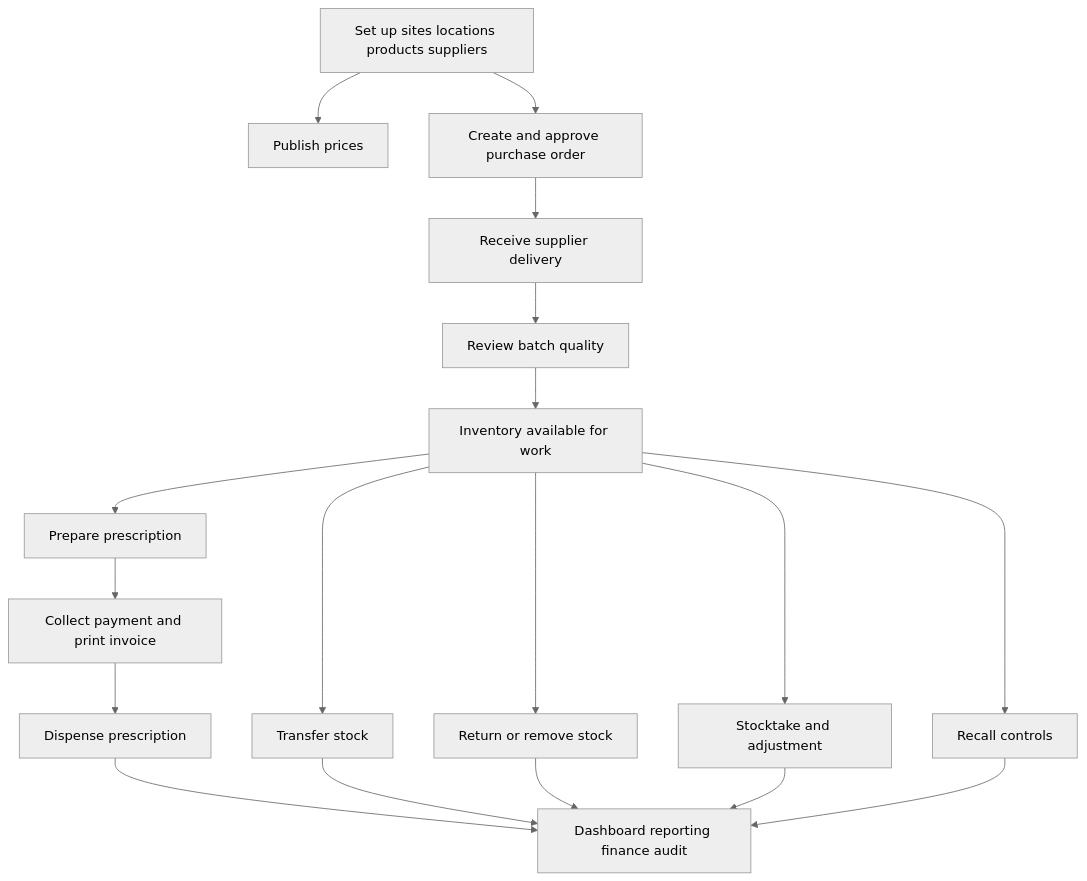
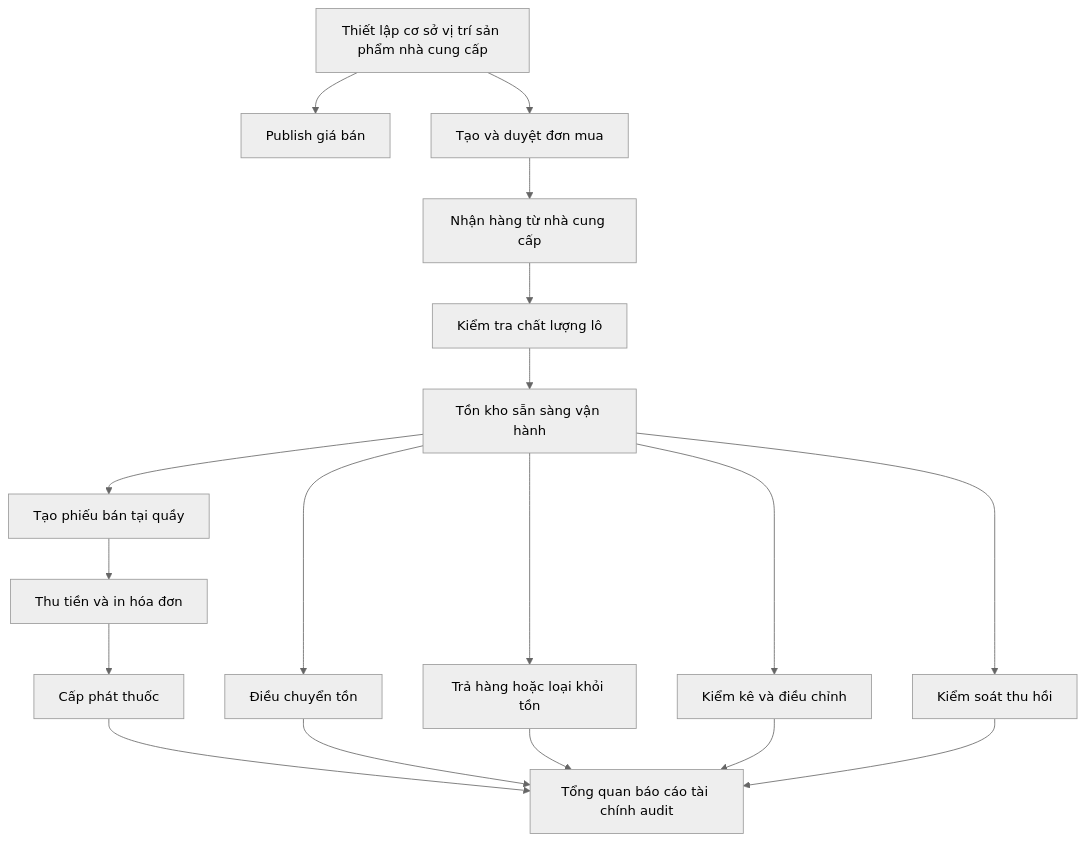
One commit to nielpattin/PharmacyCentral changed the second of 2 diagrams in docs/UserGuide.md. Above: the diagram before and after it, drawn with Mermaid (neutral theme). The commit also changed other lines of this file and 2 other files, not shown here.

````diff
--- a/docs/UserGuide.md
+++ b/docs/UserGuide.md
@@ -63,20 +63,20 @@
 ```mermaid
 flowchart TD
-    Setup[Set up sites locations products suppliers] --> Pricing[Publish prices]
-    Setup --> PO[Create and approve purchase order]
-    PO --> Receiving[Receive supplier delivery]
-    Receiving --> Quality[Review batch quality]
-    Quality --> Inventory[Inventory available for work]
-    Inventory --> Prescription[Prepare prescription]
-    Prescription --> Payment[Collect payment and print invoice]
-    Payment --> Dispense[Dispense prescription]
-    Inventory --> Transfer[Transfer stock]
-    Inventory --> Return[Return or remove stock]
-    Inventory --> Stocktake[Stocktake and adjustment]
-    Inventory --> Recall[Recall controls]
-    Dispense --> Dashboard[Dashboard reporting finance audit]
+    Setup[Thiết lập cơ sở vị trí sản phẩm nhà cung cấp] --> Pricing[Publish giá bán]
+    Setup --> PO[Tạo và duyệt đơn mua]
+    PO --> Receiving[Nhận hàng từ nhà cung cấp]
+    Receiving --> Quality[Kiểm tra chất lượng lô]
+    Quality --> Inventory[Tồn kho sẵn sàng vận hành]
+    Inventory --> Prescription[Tạo phiếu bán tại quầy]
+    Prescription --> Payment[Thu tiền và in hóa đơn]
+    Payment --> Dispense[Cấp phát thuốc]
+    Inventory --> Transfer[Điều chuyển tồn]
+    Inventory --> Return[Trả hàng hoặc loại khỏi tồn]
+    Inventory --> Stocktake[Kiểm kê và điều chỉnh]
+    Inventory --> Recall[Kiểm soát thu hồi]
+    Dispense --> Dashboard[Tổng quan báo cáo tài chính audit]
     Transfer --> Dashboard
     Return --> Dashboard
     Stocktake --> Dashboard
     Recall --> Dashboard
 ```
````
